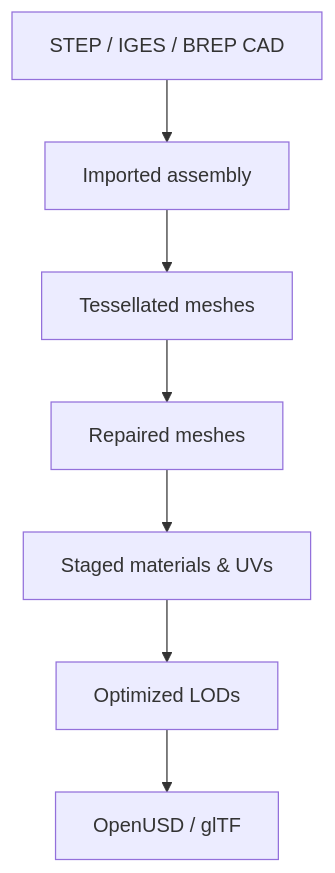
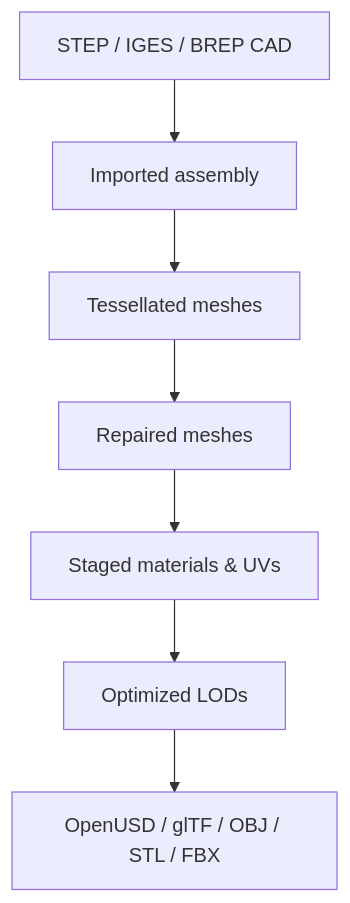
The diagram in README.md (pavelsimo/fascat), drawn with Mermaid before and after one commit. The commit also changed 16 other files, not shown here.

````diff
--- a/README.md
+++ b/README.md
@@ -16,9 +16,9 @@
 ```mermaid
 flowchart TD
     A["STEP / IGES / BREP CAD"] --> B["Imported assembly"]
     B --> C["Tessellated meshes"]
     C --> D["Repaired meshes"]
     D --> E["Staged materials & UVs"]
     E --> F["Optimized LODs"]
-    F --> G["OpenUSD / glTF"]
+    F --> G["OpenUSD / glTF / OBJ / STL / FBX"]
 ```
````
